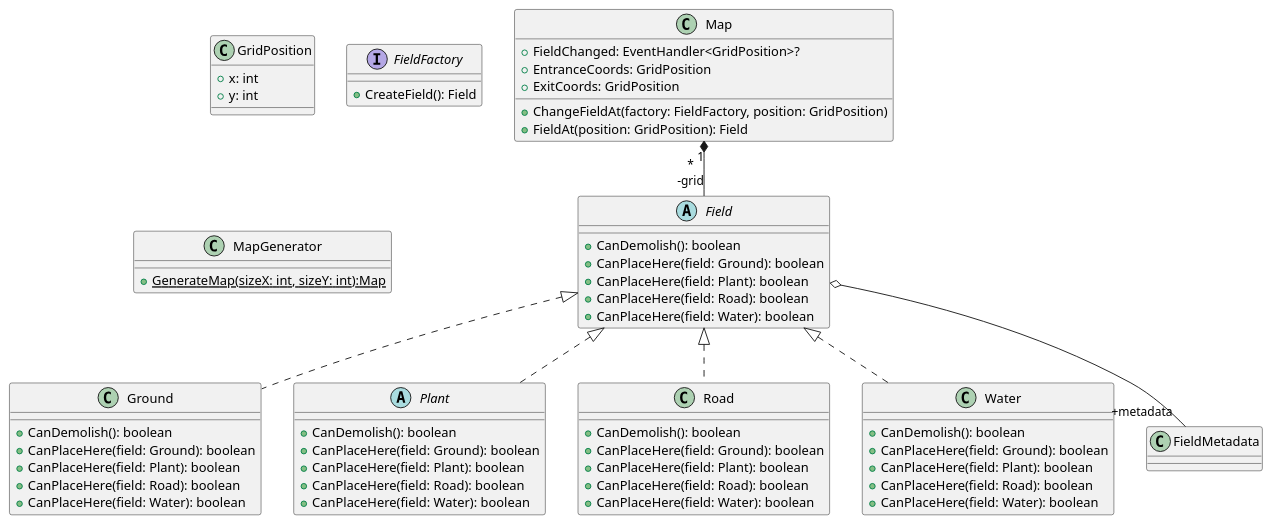
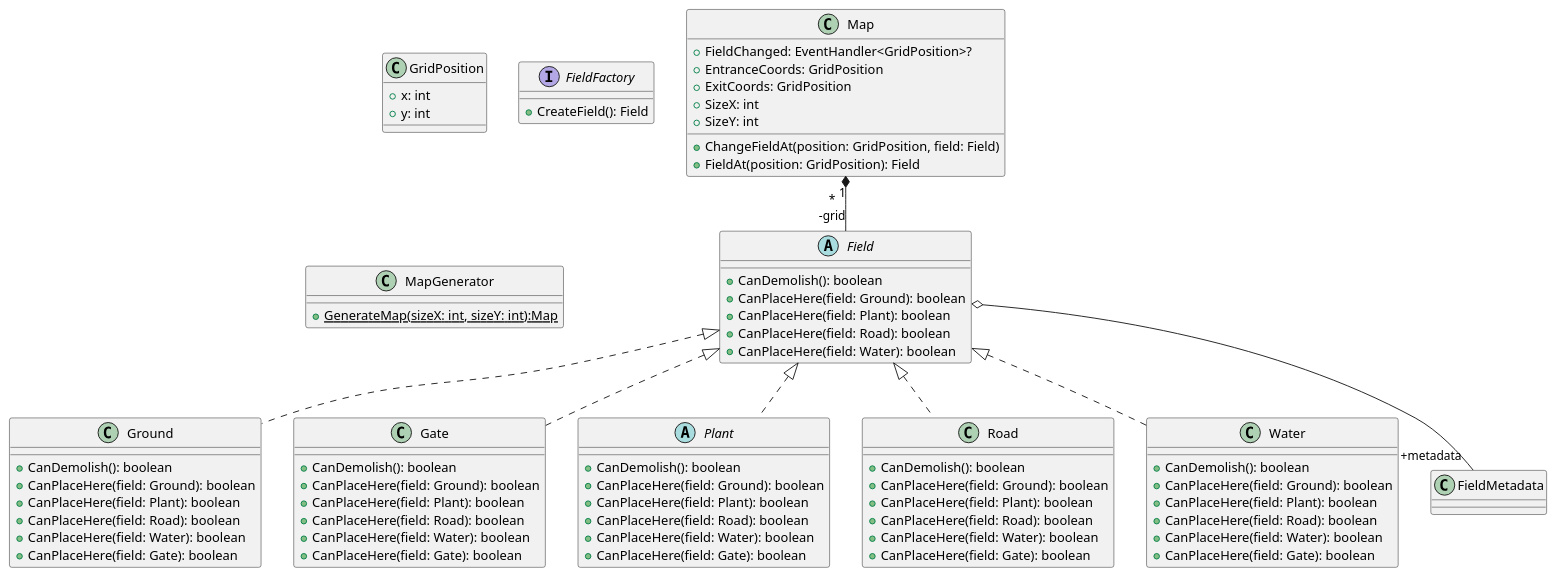
The diagram in class-diagram/model/map.plantuml (Peter-Balint/SafariGame), drawn with PlantUML before and after one commit. The commit also changed 24 other files, not shown here.

```diff
--- a/class-diagram/model/map.plantuml
+++ b/class-diagram/model/map.plantuml
@@ -1,74 +1,93 @@
 @startuml mapUml
 class Map{
     +FieldChanged: EventHandler<GridPosition>?
     +EntranceCoords: GridPosition
     +ExitCoords: GridPosition
-    +ChangeFieldAt(factory: FieldFactory, position: GridPosition)
+    +SizeX: int
+    +SizeY: int
+    +ChangeFieldAt(position: GridPosition, field: Field)
     +FieldAt(position: GridPosition): Field
 }
 
 class GridPosition{
     +x: int
     +y: int
 }
 
 abstract class Field{
     +CanDemolish(): boolean
     +CanPlaceHere(field: Ground): boolean
     +CanPlaceHere(field: Plant): boolean
     +CanPlaceHere(field: Road): boolean
     +CanPlaceHere(field: Water): boolean
 
 }
 
 class Ground{
     +CanDemolish(): boolean
     +CanPlaceHere(field: Ground): boolean
     +CanPlaceHere(field: Plant): boolean
     +CanPlaceHere(field: Road): boolean
     +CanPlaceHere(field: Water): boolean
+    +CanPlaceHere(field: Gate): boolean
+
+
+}
+
+class Gate{
+    +CanDemolish(): boolean
+    +CanPlaceHere(field: Ground): boolean
+    +CanPlaceHere(field: Plant): boolean
+    +CanPlaceHere(field: Road): boolean
+    +CanPlaceHere(field: Water): boolean
+    +CanPlaceHere(field: Gate): boolean
 
 }
 
 abstract class Plant{
     +CanDemolish(): boolean
     +CanPlaceHere(field: Ground): boolean
     +CanPlaceHere(field: Plant): boolean
     +CanPlaceHere(field: Road): boolean
     +CanPlaceHere(field: Water): boolean
+    +CanPlaceHere(field: Gate): boolean
 
 }
 
 class Road{
     +CanDemolish(): boolean
     +CanPlaceHere(field: Ground): boolean
     +CanPlaceHere(field: Plant): boolean
     +CanPlaceHere(field: Road): boolean
     +CanPlaceHere(field: Water): boolean
+    +CanPlaceHere(field: Gate): boolean
 
 }
 
 class Water{
     +CanDemolish(): boolean
     +CanPlaceHere(field: Ground): boolean
     +CanPlaceHere(field: Plant): boolean
     +CanPlaceHere(field: Road): boolean
     +CanPlaceHere(field: Water): boolean
+    +CanPlaceHere(field: Gate): boolean
+
 }
 
 Map "1" *-- "*\n-grid" Field
 Field <|.. Ground
+Field <|.. Gate
 Field <|.. Plant
 Field <|.. Road
 Field <|.. Water
 Field  o-- "+metadata" FieldMetadata
 
 
 interface FieldFactory{
     +CreateField(): Field
 }
 
 class MapGenerator{
     +{static} GenerateMap(sizeX: int, sizeY: int):Map
 }
 @enduml
```
